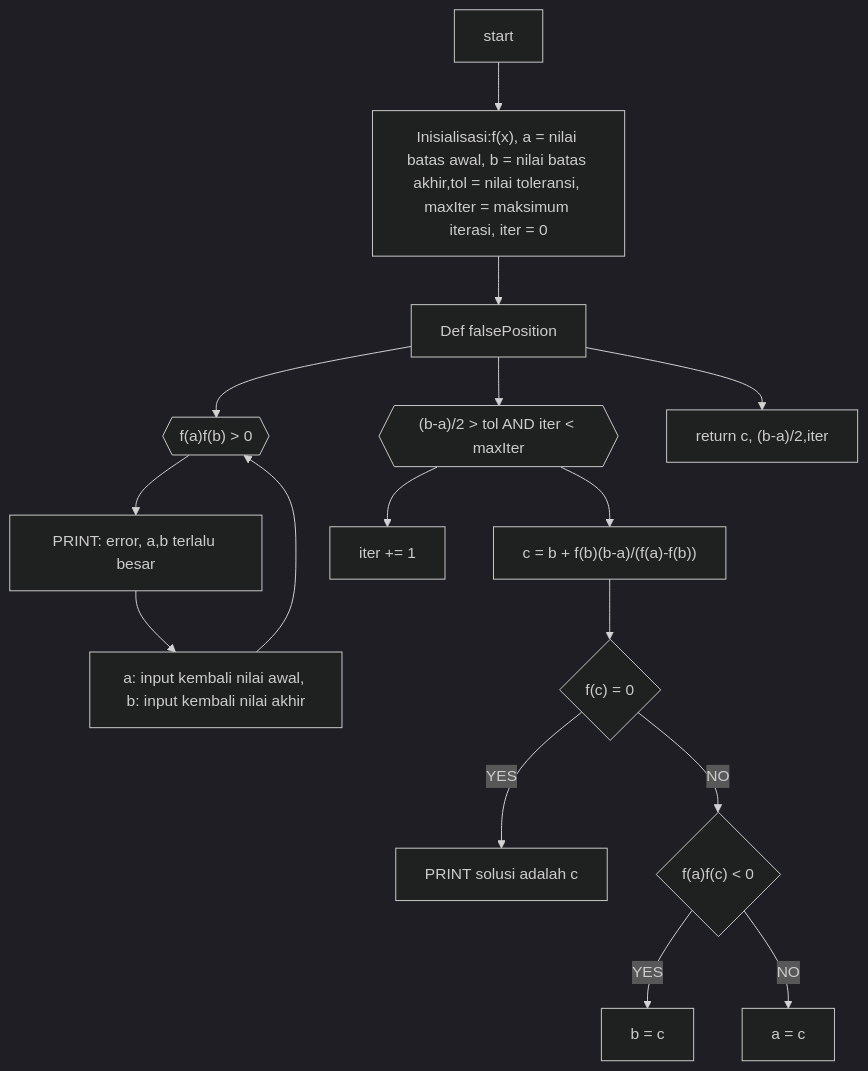
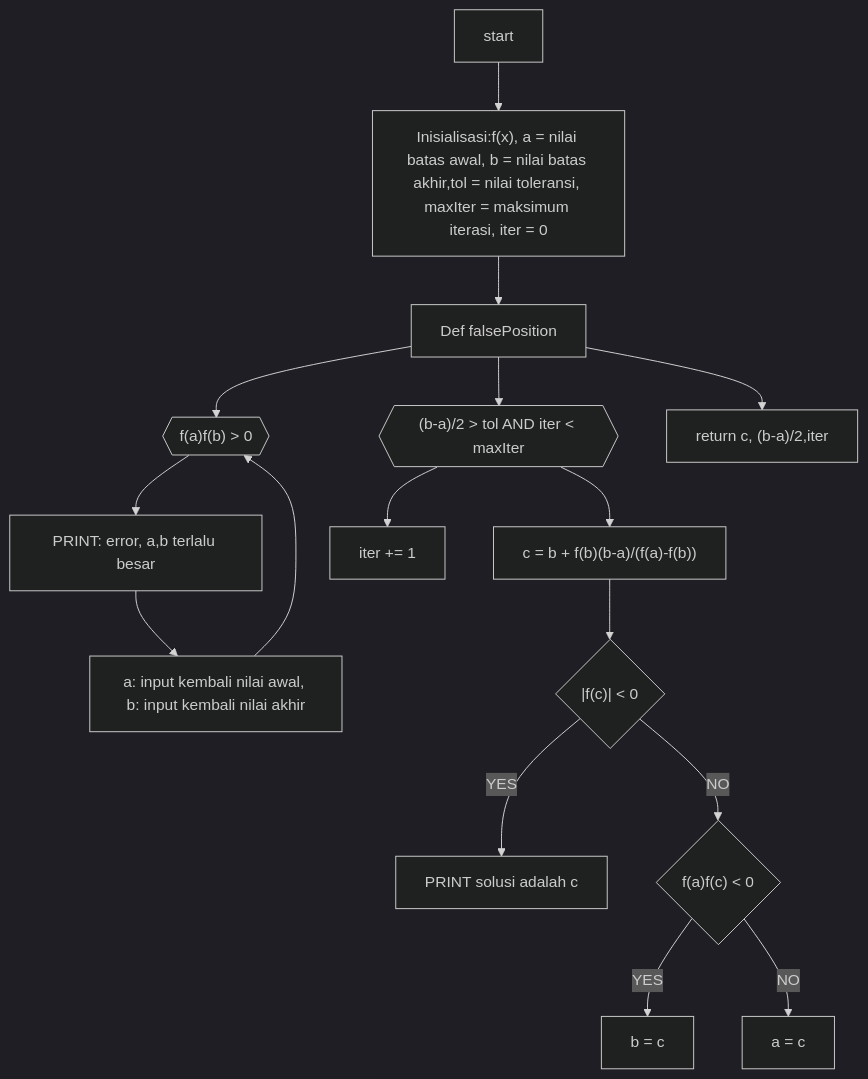
Before and after one commit to aslabkomfis/Komputasi-Numerik-24-25: the diagram in Modul-2/falsePosition.mmd, drawn with Mermaid (dark theme).

```diff
--- a/Modul-2/falsePosition.mmd
+++ b/Modul-2/falsePosition.mmd
@@ -1,16 +1,16 @@
 flowchart TD;
     A[start] --> B["Inisialisasi:f(x), a = nilai batas awal, b = nilai batas akhir,tol = nilai toleransi, maxIter = maksimum iterasi, iter = 0"]
     B --> Z["Def falsePosition"]
     Z --> C{{"f(a)f(b) > 0"}}
     C --> D["PRINT: error, a,b terlalu besar"]
     D --> E["a: input kembali nilai awal, b: input kembali nilai akhir"]
     E --> C
     Z --> G{{"(b-a)/2 > tol AND iter < maxIter"}}
     G -->H["c = b + f(b)(b-a)/(f(a)-f(b))"]
-    H --> I{"f(c) = 0"}
+    H --> I{"|f(c)| < 0"}
     I -->|YES| J["PRINT solusi adalah c"]
     I -->|NO| K{"f(a)f(c) < 0"} 
     K --> |YES| L["b = c"]
     K --> |NO| M["a = c"]
     G --> N["iter += 1"]
     Z --> X["return c, (b-a)/2,iter"]
```
